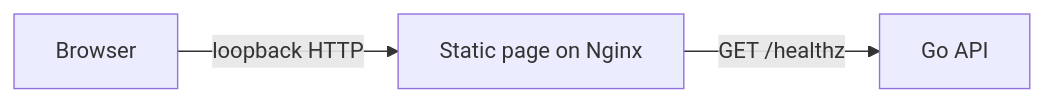
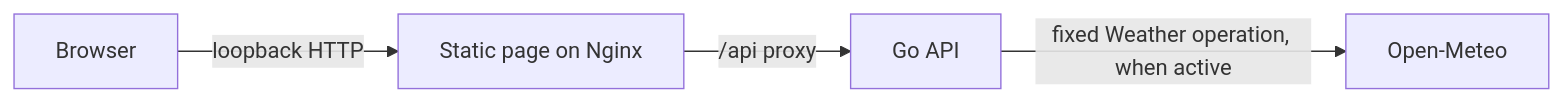
Before and after one commit to ParityH4sher/ember: the first of 2 diagrams in docs/architecture/overview.md, drawn with Mermaid. The commit also changed other lines of this file and 164 other files, not shown here.

````diff
--- a/docs/architecture/overview.md
+++ b/docs/architecture/overview.md
@@ -7,5 +7,6 @@
 ```mermaid
 flowchart LR
   B[Browser] -->|loopback HTTP| F[Static page on Nginx]
-  F -->|GET /healthz| A[Go API]
+  F -->|/api proxy| A[Go API]
+  A -->|fixed Weather operation, when active| W[Open-Meteo]
 ```
````
